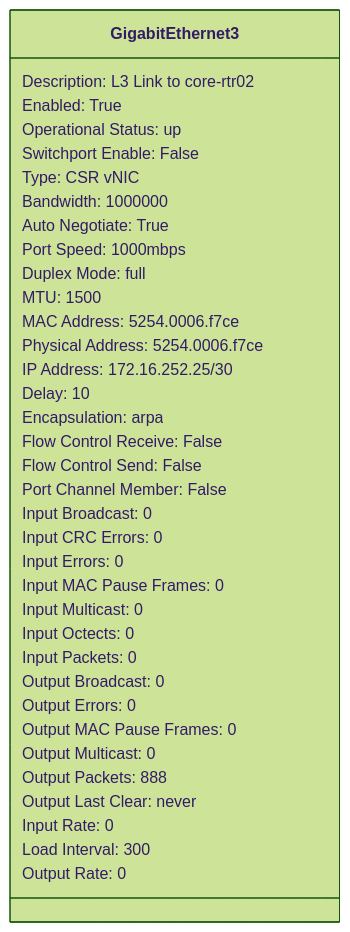
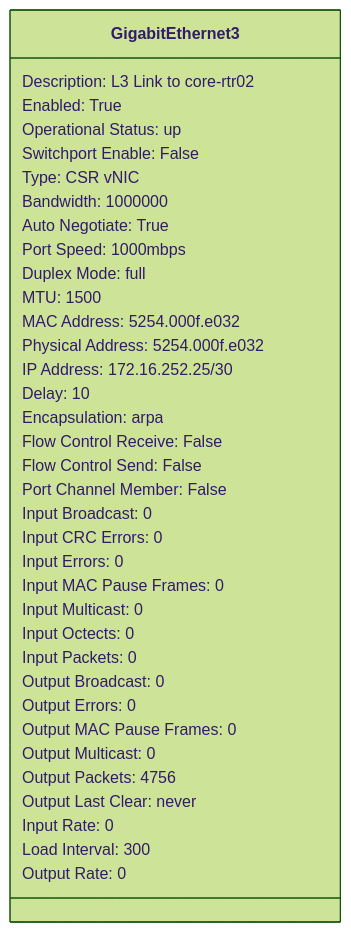
One commit to automateyournetwork/pyYAHTS changed the third of 7 diagrams in Examples/IOS-XE/dist-rtr01 interface class.md. Above: the diagram before and after it, drawn with Mermaid (forest theme). The commit also changed other lines of this file and 34 other files, not shown here.

Commit message:
ios-xe class diagrams

````diff
--- a/Examples/IOS-XE/dist-rtr01 interface class.md
+++ b/Examples/IOS-XE/dist-rtr01 interface class.md
@@ -85,41 +85,41 @@
 ```mermaid
 classDiagram
 class GigabitEthernet3{
 Description: L3 Link to core-rtr02
 Enabled: True
 Operational Status: up
 Switchport Enable: False
 Type: CSR vNIC
 Bandwidth: 1000000
 Auto Negotiate: True
 Port Speed: 1000mbps
 Duplex Mode: full
 MTU: 1500
-MAC Address: 5254.0006.f7ce
-Physical Address: 5254.0006.f7ce
+MAC Address: 5254.000f.e032
+Physical Address: 5254.000f.e032
 IP Address: 172.16.252.25/30
 Delay: 10
 Encapsulation: arpa
 Flow Control Receive: False
 Flow Control Send: False
 
 
 Port Channel Member: False
 Input Broadcast: 0
 Input CRC Errors: 0
 Input Errors: 0
 Input MAC Pause Frames: 0
 Input Multicast: 0
 Input Octects: 0
 Input Packets: 0
 Output Broadcast: 0
 Output Errors: 0
 Output MAC Pause Frames: 0
 Output Multicast: 0
-Output Packets: 888
+Output Packets: 4756
 Output Last Clear: never
 Input Rate: 0
 Load Interval: 300
 Output Rate: 0
 }
 ```
````
